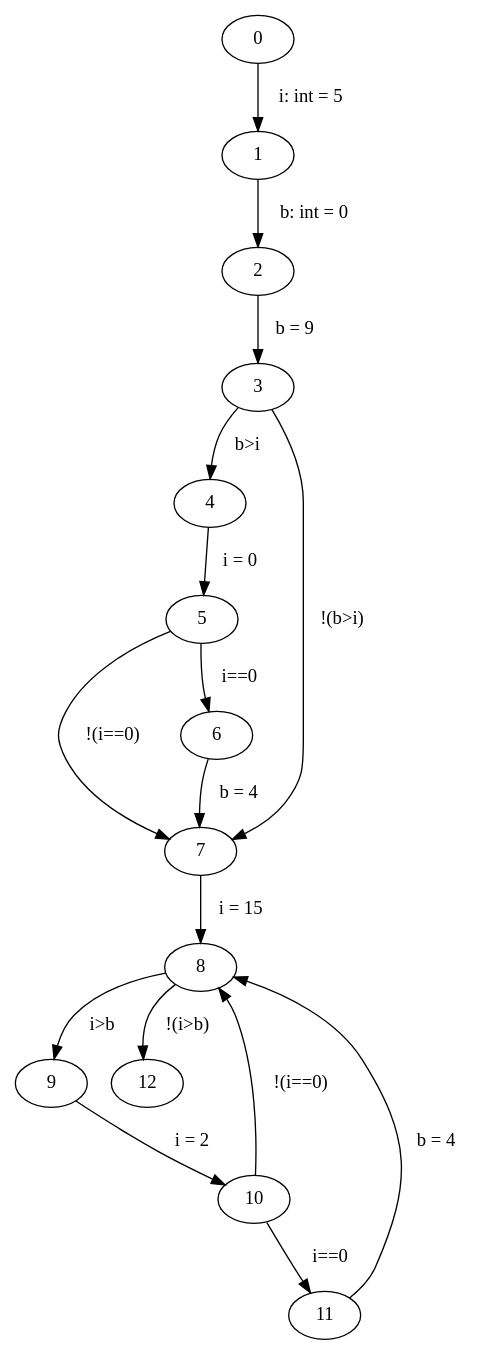
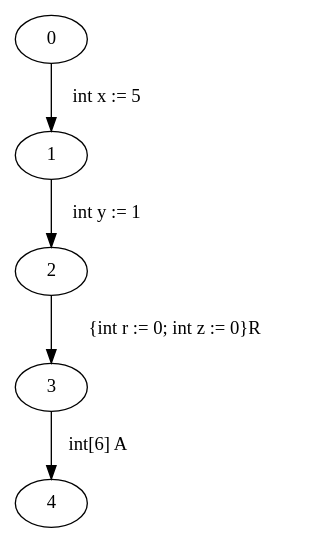
Before and after one commit to FloKes/ProgramAnalysis: the diagram in src/main/java/graphviz/input.dot, drawn with Graphviz. The commit also changed 7 other files, not shown here.

```diff
--- a/src/main/java/graphviz/input.dot
+++ b/src/main/java/graphviz/input.dot
@@ -1,18 +1,6 @@
 digraph ProgramGraph{
-"0" -> "1" [label="  i: int = 5   "] 
-"1" -> "2" [label="  b: int = 0   "] 
-"2" -> "3" [label="  b = 9   "] 
-"3" -> "4" [label="  b>i   "] 
-"3" -> "7" [label="  !(b>i)   "] 
-"4" -> "5" [label="  i = 0   "] 
-"5" -> "6" [label="  i==0   "] 
-"5" -> "7" [label="  !(i==0)   "] 
-"6" -> "7" [label="  b = 4   "] 
-"7" -> "8" [label="  i = 15   "] 
-"8" -> "9" [label="  i>b   "] 
-"8" -> "12" [label="  !(i>b)   "] 
-"9" -> "10" [label="  i = 2   "] 
-"10" -> "11" [label="  i==0   "] 
-"10" -> "8" [label="  !(i==0)   "] 
-"11" -> "8" [label="  b = 4   "] 
+"0" -> "1" [label="  int x := 5   "] 
+"1" -> "2" [label="  int y := 1   "] 
+"2" -> "3" [label="  {int r := 0; int z := 0}R   "] 
+"3" -> "4" [label="  int[6] A   "] 
 }
```
